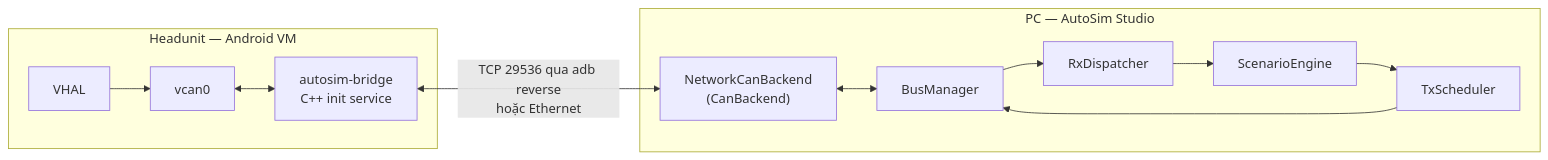
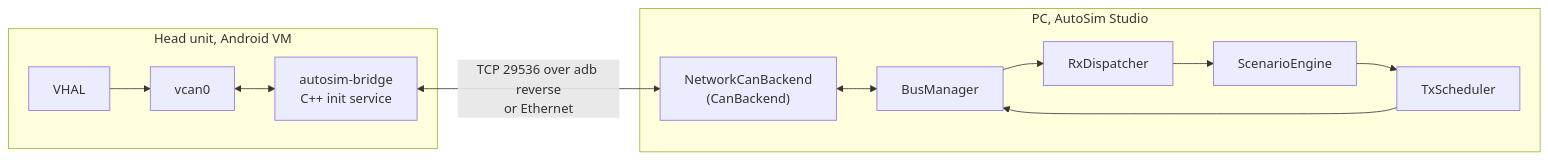
Before and after one commit to Thuongst97/CAN_SIMULATOR: the fifth of 5 diagrams in docs/VIRTUAL_CAN_PROPOSAL.md, drawn with Mermaid. The commit also changed other lines of this file and 8 other files, not shown here.

````diff
--- a/docs/VIRTUAL_CAN_PROPOSAL.md
+++ b/docs/VIRTUAL_CAN_PROPOSAL.md
@@ -212,14 +230,14 @@
 ```mermaid
 flowchart LR
-    subgraph HU["Headunit — Android VM"]
+    subgraph HU["Head unit, Android VM"]
         vhal["VHAL"] --> vcan["vcan0"]
         vcan <--> br["autosim-bridge<br/>C++ init service"]
     end
-    subgraph PC["PC — AutoSim Studio"]
+    subgraph PC["PC, AutoSim Studio"]
         nb["NetworkCanBackend<br/>(CanBackend)"]
         bm["BusManager"] --> rx["RxDispatcher"] --> sc["ScenarioEngine"]
         sc --> tx["TxScheduler"] --> bm
         nb <--> bm
     end
-    br <-- "TCP 29536 qua adb reverse<br/>hoặc Ethernet" --> nb
+    br <-- "TCP 29536 over adb reverse<br/>or Ethernet" --> nb
 ```
````
